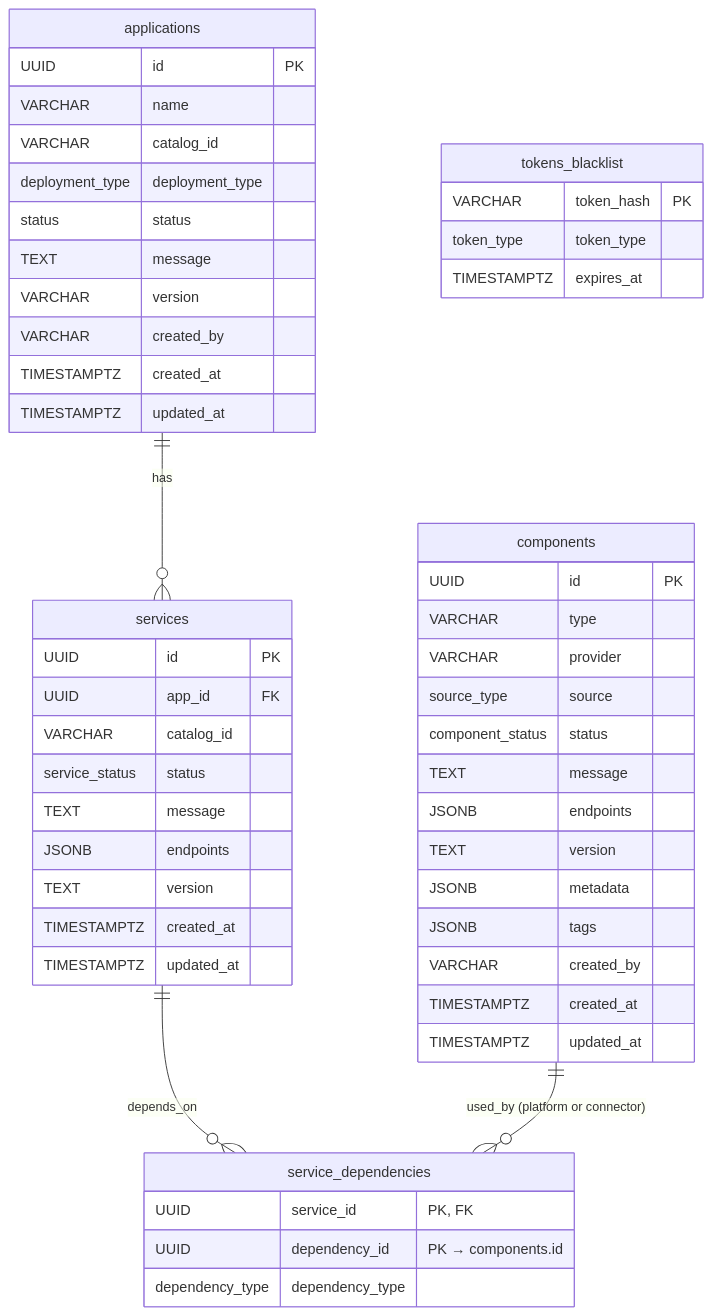
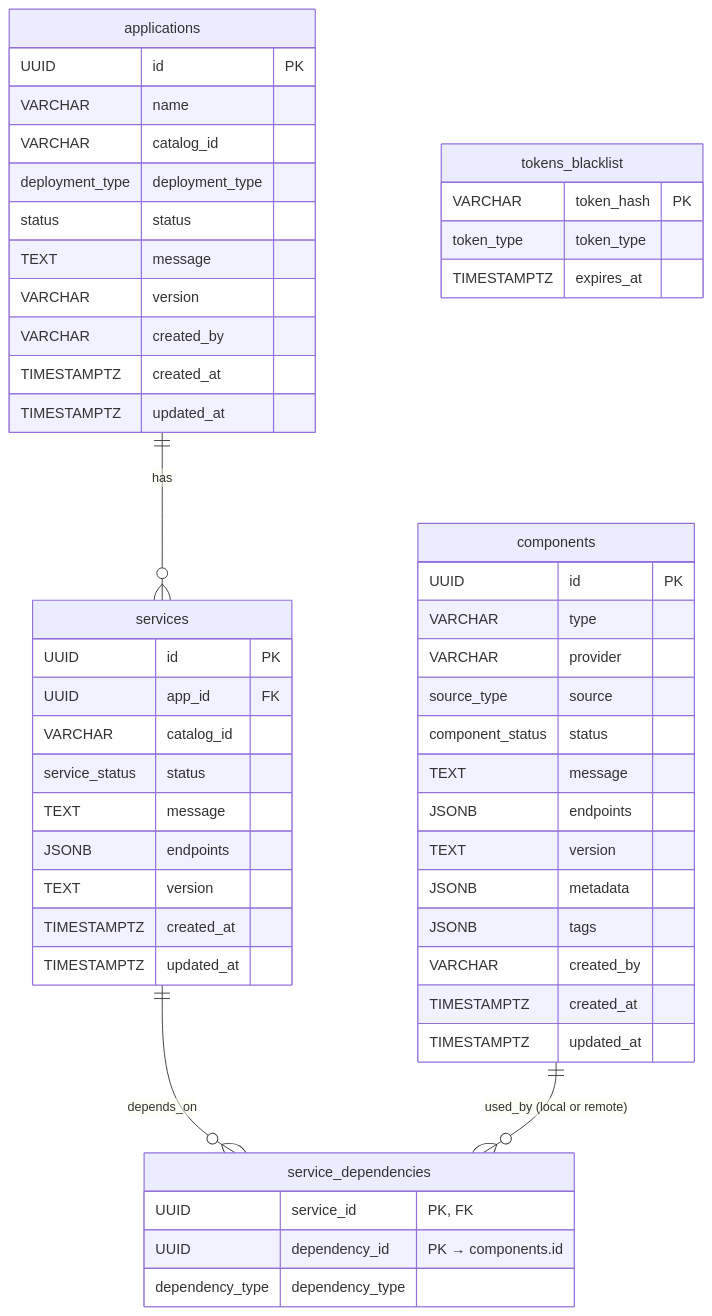
One commit to IBM/project-ai-services changed the third of 3 diagrams in docs/proposals/catalog/model-management-proposal.md. Above: the diagram before and after it, drawn with Mermaid. The commit also changed other lines of this file, not shown here.

````diff
--- a/docs/proposals/catalog/model-management-proposal.md
+++ b/docs/proposals/catalog/model-management-proposal.md
@@ -492,59 +492,59 @@
 ```mermaid
 erDiagram
     applications ||--o{ services : "has"
     services ||--o{ service_dependencies : "depends_on"
-    components ||--o{ service_dependencies : "used_by (platform or connector)"
+    components ||--o{ service_dependencies : "used_by (local or remote)"
 
     applications {
         UUID id PK
         VARCHAR name
         VARCHAR catalog_id
         deployment_type deployment_type
         status status
         TEXT message
         VARCHAR version
         VARCHAR created_by
         TIMESTAMPTZ created_at
         TIMESTAMPTZ updated_at
     }
 
     services {
         UUID id PK
         UUID app_id FK
         VARCHAR catalog_id
         service_status status
         TEXT message
         JSONB endpoints
         TEXT version
         TIMESTAMPTZ created_at
         TIMESTAMPTZ updated_at
     }
 
     components {
         UUID id PK
         VARCHAR type
         VARCHAR provider
         source_type source
         component_status status
         TEXT message
         JSONB endpoints
         TEXT version
         JSONB metadata
         JSONB tags
         VARCHAR created_by
         TIMESTAMPTZ created_at
         TIMESTAMPTZ updated_at
     }
 
     service_dependencies {
         UUID service_id "PK, FK"
         UUID dependency_id "PK → components.id"
         dependency_type dependency_type
     }
 
     tokens_blacklist {
         VARCHAR token_hash PK
         token_type token_type
         TIMESTAMPTZ expires_at
     }
 ```
````
